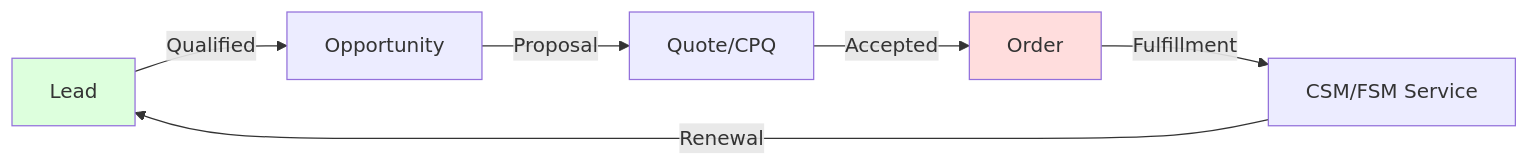
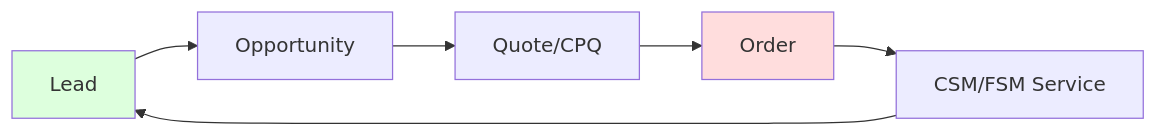
One commit to eltonaguiar/ServiceNow_Learning_TSOM-_CSM_FSM_SalesCRM_HAM_ITSM changed the seventh of 7 diagrams in docs/modules/sales-crm/sales-crm-guide.md. Above: the diagram before and after it, drawn with Mermaid. The commit also changed other lines of this file, not shown here.

Commit message:
Fix broken Mermaid diagrams in sales-crm-guide.md

````diff
--- a/docs/modules/sales-crm/sales-crm-guide.md
+++ b/docs/modules/sales-crm/sales-crm-guide.md
@@ -764,10 +761,11 @@
 ```mermaid
 graph LR
-    Lead[Lead] -->|Qualified| Opp[Opportunity]
-    Opp -->|Proposal| Quote[Quote/CPQ]
-    Quote -->|Accepted| Order[Order]
-    Order -->|Fulfillment| Service[CSM/FSM Service]
-    Service -->|Renewal| Lead
+    Lead[Lead] --> Opp[Opportunity]
+    Opp --> Quote[Quote/CPQ]
+    Quote --> Order[Order]
+    Order --> Service[CSM/FSM Service]
+    Service --> Lead
+
     style Lead fill:#dfd
     style Order fill:#fdd
 ```
````
